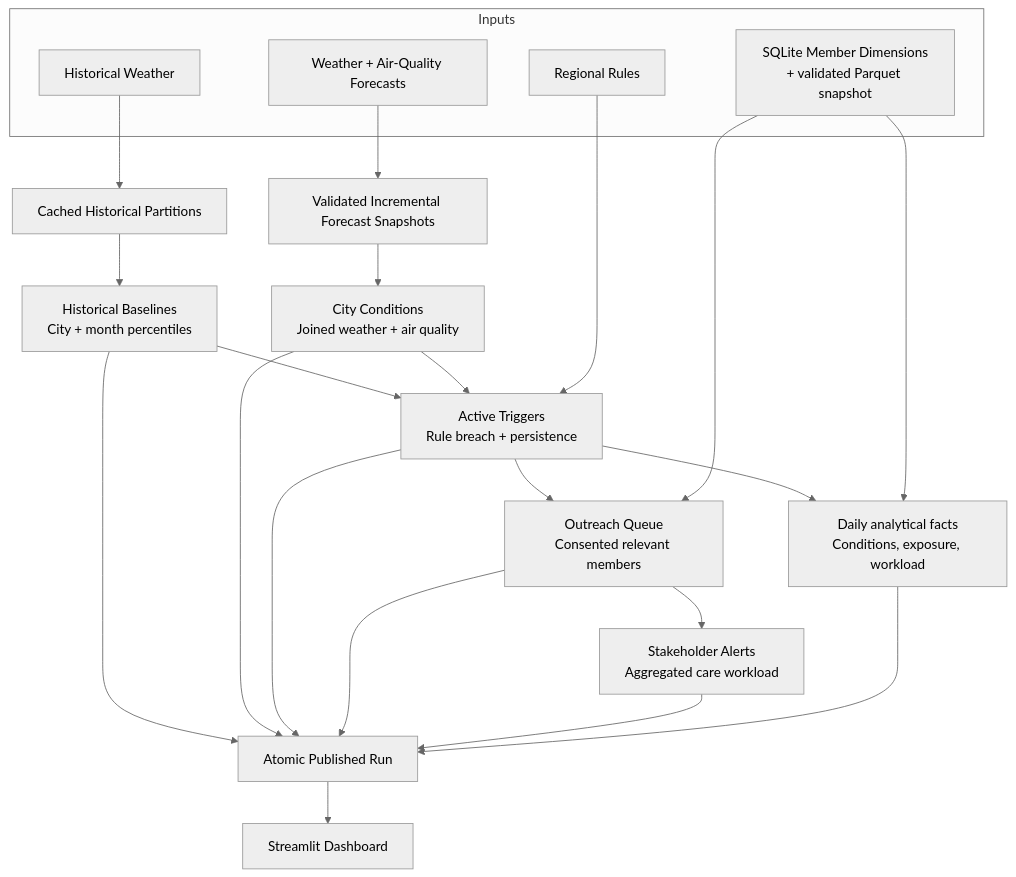
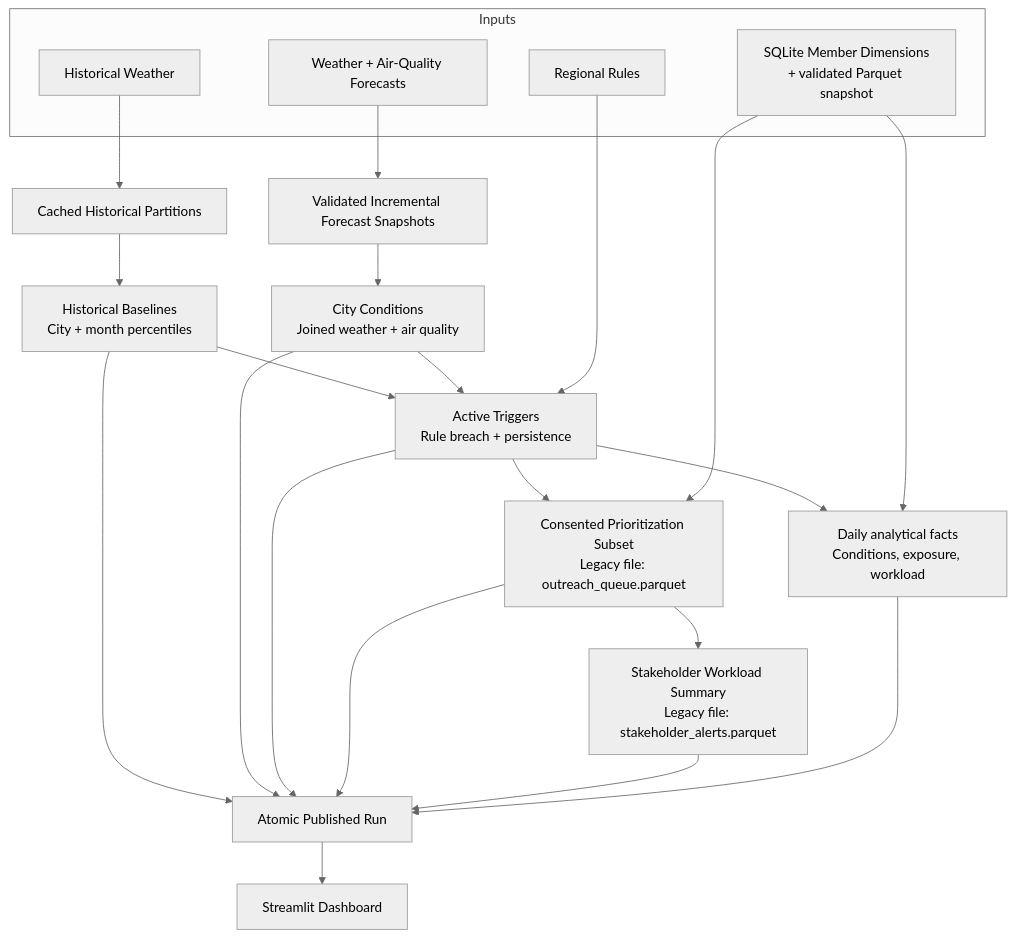
Before and after one commit to yasho6o4l999/CareSignalIndia: the second of 3 diagrams in docs/architecture.md, drawn with Mermaid (neutral theme). The commit also changed other lines of this file and 138 other files, not shown here.

````diff
--- a/docs/architecture.md
+++ b/docs/architecture.md
@@ -45,33 +44,33 @@
 ```mermaid
 flowchart TD
     subgraph Inputs["Inputs"]
         Forecasts["Weather + Air-Quality Forecasts"]
         History["Historical Weather"]
         Rules["Regional Rules"]
         Members["SQLite Member Dimensions<br/>+ validated Parquet snapshot"]
     end
 
     Forecasts --> RawForecast["Validated Incremental Forecast Snapshots"]
     History --> RawHistory["Cached Historical Partitions"]
 
     RawHistory --> Baselines["Historical Baselines<br/>City + month percentiles"]
     RawForecast --> Conditions["City Conditions<br/>Joined weather + air quality"]
 
     Baselines --> Triggers["Active Triggers<br/>Rule breach + persistence"]
     Conditions --> Triggers
     Rules --> Triggers
 
-    Triggers --> Outreach["Outreach Queue<br/>Consented relevant members"]
-    Members --> Outreach
-    Outreach --> Alerts["Stakeholder Alerts<br/>Aggregated care workload"]
+    Triggers --> Priority["Consented Prioritization Subset<br/>Legacy file: outreach_queue.parquet"]
+    Members --> Priority
+    Priority --> Workload["Stakeholder Workload Summary<br/>Legacy file: stakeholder_alerts.parquet"]
     Triggers --> DailyFacts["Daily analytical facts<br/>Conditions, exposure, workload"]
     Members --> DailyFacts
 
     Baselines --> Published["Atomic Published Run"]
     Conditions --> Published
     Triggers --> Published
-    Outreach --> Published
-    Alerts --> Published
+    Priority --> Published
+    Workload --> Published
     DailyFacts --> Published
     Published --> Dashboard["Streamlit Dashboard"]
 ```
````
